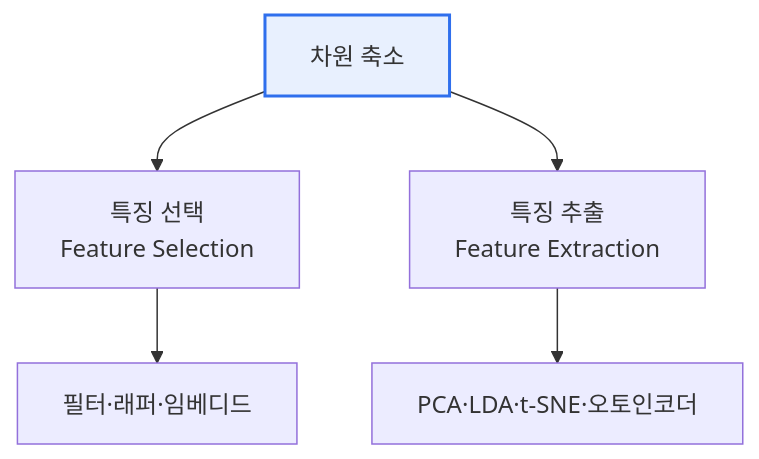
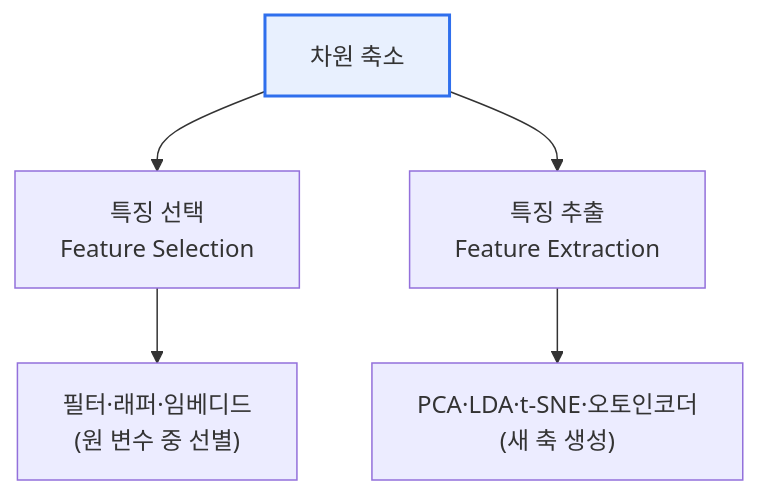
The diagram in content/dimensionality-reduction.md (coninggu/wjdqhrhksflrltnftk), drawn with Mermaid before and after one commit. The commit also changed other lines of this file and 5 other files, not shown here.

````diff
--- a/content/dimensionality-reduction.md
+++ b/content/dimensionality-reduction.md
@@ -12,8 +15,8 @@
 ```mermaid
 flowchart TB
-  D[차원 축소] --> S[특징 선택<br/>Feature Selection]
-  D --> E[특징 추출<br/>Feature Extraction]
-  S --> S1[필터·래퍼·임베디드]
-  E --> E1[PCA·LDA·t-SNE·오토인코더]
+  D[차원 축소] --> S["특징 선택<br/>Feature Selection"]
+  D --> E["특징 추출<br/>Feature Extraction"]
+  S --> S1["필터·래퍼·임베디드<br/>(원 변수 중 선별)"]
+  E --> E1["PCA·LDA·t-SNE·오토인코더<br/>(새 축 생성)"]
   style D fill:#e8f0fe,stroke:#2f6fed,stroke-width:2px
 ```
````
